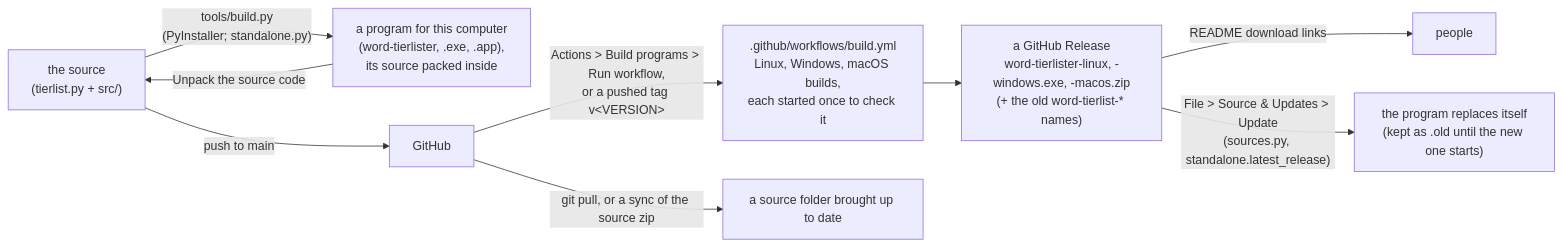
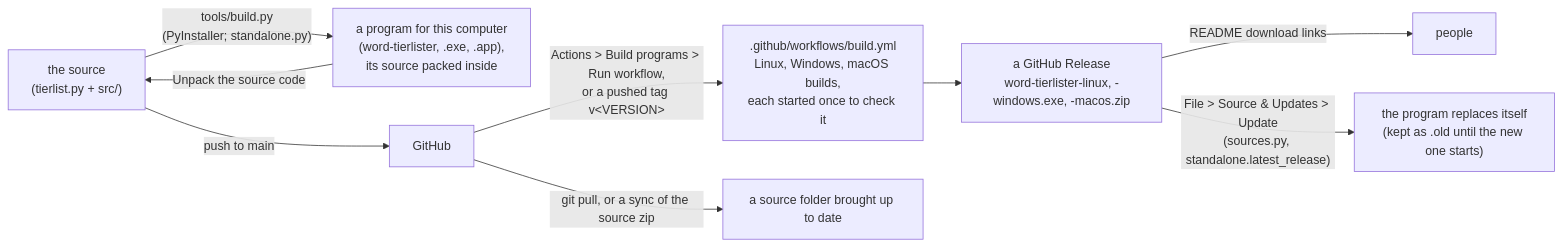
The eighth of 12 diagrams in DEVELOPERS.md (kiva-mccr/Word-Tierlister), drawn with Mermaid before and after one commit. The commit also changed 7 other files, not shown here.

First line of the commit message:
Drop the release copies under the old word-tierlist-* names

````diff
--- a/DEVELOPERS.md
+++ b/DEVELOPERS.md
@@ -320,11 +320,11 @@
 ```mermaid
 flowchart LR
     src["the source<br/>(tierlist.py + src/)"] -- "tools/build.py<br/>(PyInstaller; standalone.py)" --> prog["a program for this computer<br/>(word-tierlister, .exe, .app),<br/>its source packed inside"]
     src -- "push to main" --> gh["GitHub"]
     gh -- "Actions > Build programs > Run workflow,<br/>or a pushed tag v&lt;VERSION&gt;" --> wf[".github/workflows/build.yml<br/>Linux, Windows, macOS builds,<br/>each started once to check it"]
-    wf --> rel["a GitHub Release<br/>word-tierlister-linux, -windows.exe, -macos.zip<br/>(+ the old word-tierlist-* names)"]
+    wf --> rel["a GitHub Release<br/>word-tierlister-linux, -windows.exe, -macos.zip"]
     rel -- "README download links" --> users["people"]
     rel -- "File > Source & Updates > Update<br/>(sources.py, standalone.latest_release)" --> prog2["the program replaces itself<br/>(kept as .old until the new one starts)"]
     gh -- "git pull, or a sync of the source zip" --> src2["a source folder brought up to date"]
     prog -- "Unpack the source code" --> src
 ```
````
